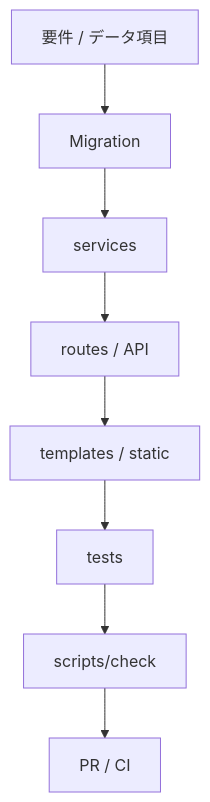
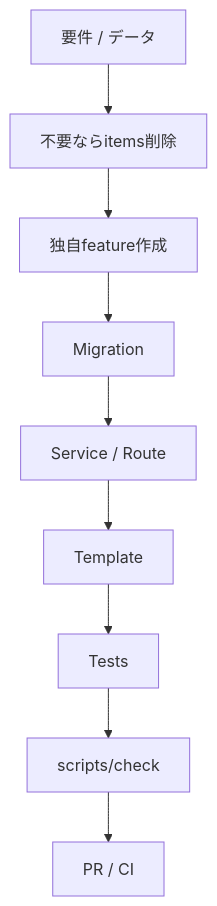
One commit to k-systems202208/python-sqlite-tailscale-webapp-template changed the fourth of 4 diagrams in docs/CUSTOMIZING.md. Above: the diagram before and after it, drawn with Mermaid. The commit also changed other lines of this file and 26 other files, not shown here.

````diff
--- a/docs/CUSTOMIZING.md
+++ b/docs/CUSTOMIZING.md
@@ -234,10 +275,11 @@
 ```mermaid
 flowchart TD
-    A["要件 / データ項目"] --> B["Migration"]
-    B --> C["services"]
-    C --> D["routes / API"]
-    D --> E["templates / static"]
-    E --> F["tests"]
-    F --> G["scripts/check"]
-    G --> H["PR / CI"]
+    A["要件 / データ"] --> B["不要ならitems削除"]
+    B --> C["独自feature作成"]
+    C --> D["Migration"]
+    D --> E["Service / Route"]
+    E --> F["Template"]
+    F --> G["Tests"]
+    G --> H["scripts/check"]
+    H --> I["PR / CI"]
 ```
````
